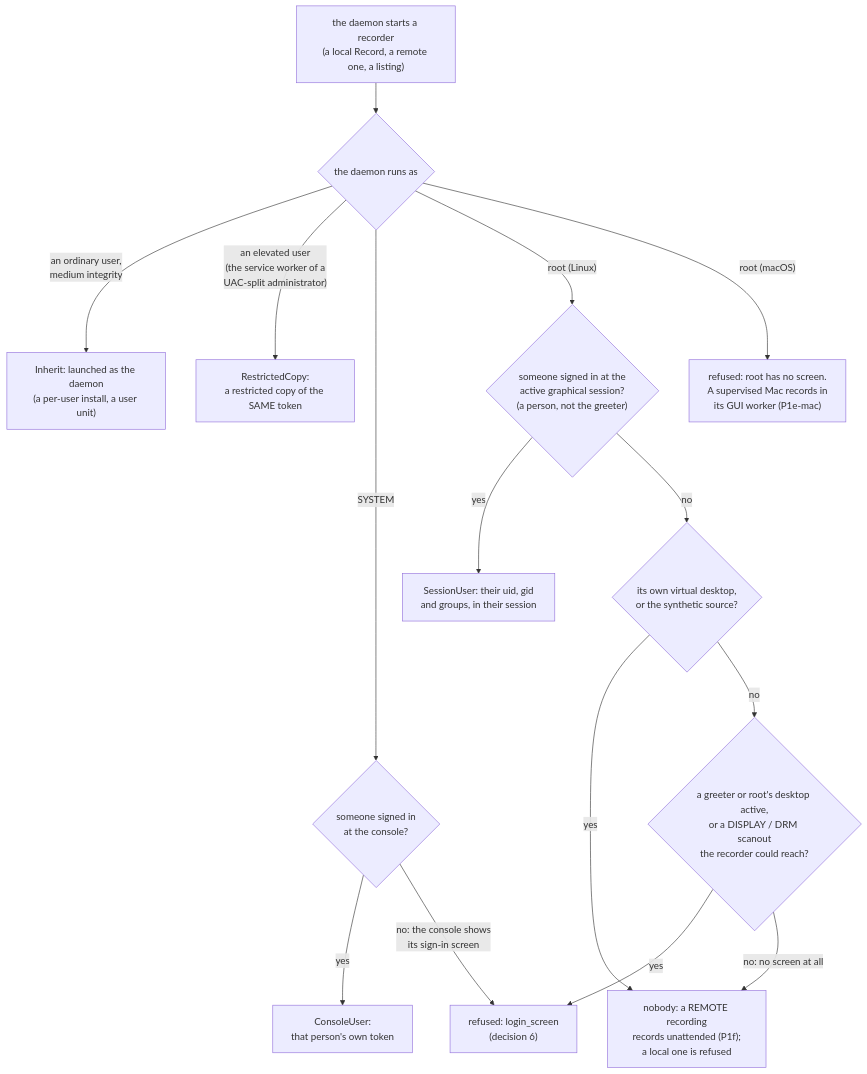
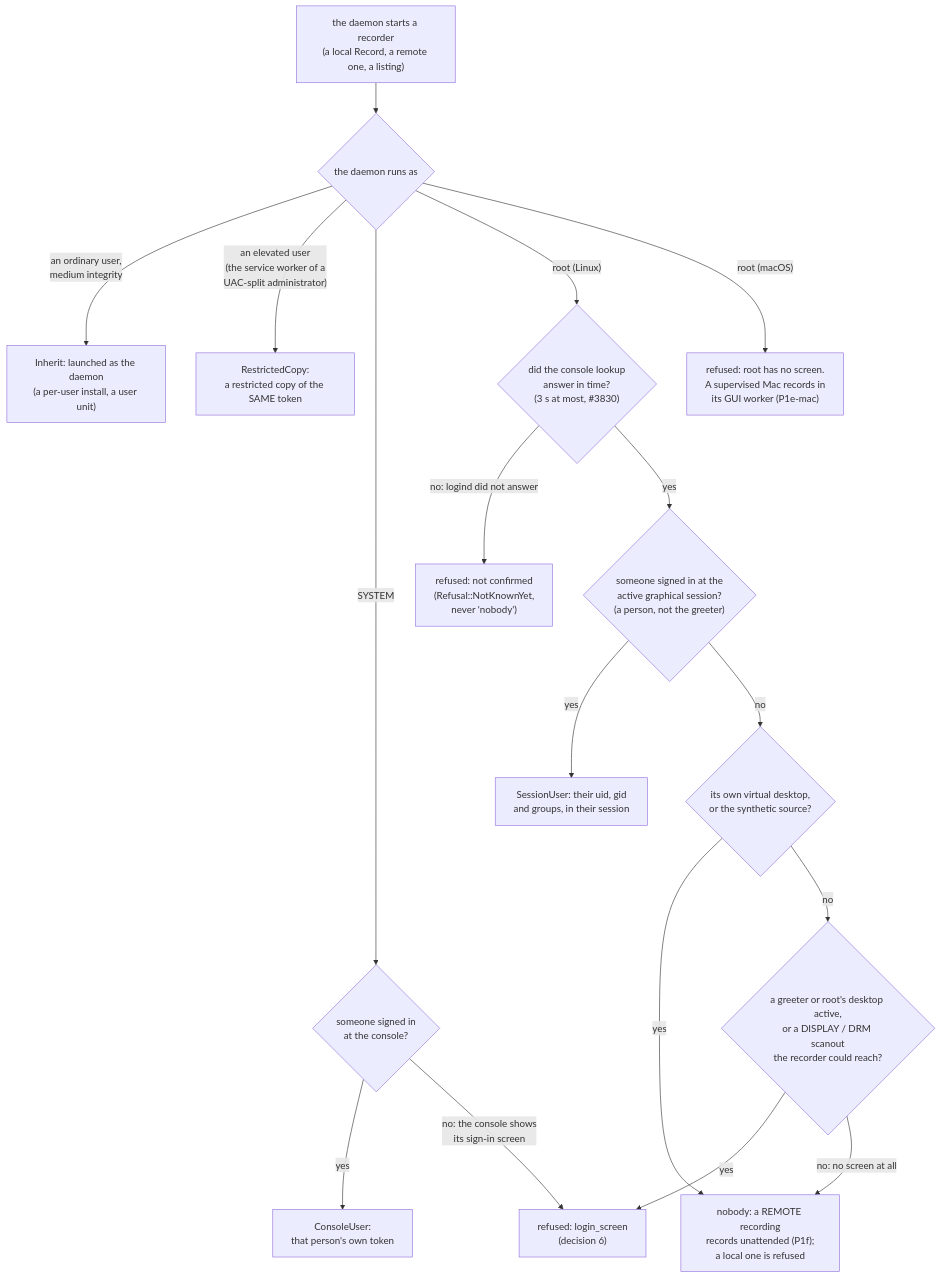
Before and after one commit to gjovanov/roomler-ai: the sixth of 16 diagrams in docs/recording.md, drawn with Mermaid. The commit also changed other lines of this file and 12 other files, not shown here.

````diff
--- a/docs/recording.md
+++ b/docs/recording.md
@@ -557,17 +557,19 @@
 ```mermaid
 flowchart TD
     D["the daemon starts a recorder<br/>(a local Record, a remote one, a listing)"] --> S{"the daemon runs as"}
     S -->|"an ordinary user,<br/>medium integrity"| I["Inherit: launched as the daemon<br/>(a per-user install, a user unit)"]
     S -->|"an elevated user<br/>(the service worker of a<br/>UAC-split administrator)"| R["RestrictedCopy:<br/>a restricted copy of the SAME token"]
     S -->|"SYSTEM"| C{"someone signed in<br/>at the console?"}
     C -->|yes| U["ConsoleUser:<br/>that person's own token"]
     C -->|"no: the console shows<br/>its sign-in screen"| LS["refused: login_screen<br/>(decision 6)"]
-    S -->|"root (Linux)"| L{"someone signed in at the<br/>active graphical session?<br/>(a person, not the greeter)"}
+    S -->|"root (Linux)"| K{"did the console lookup<br/>answer in time?<br/>(3 s at most, #3830)"}
+    K -->|"no: logind did not answer"| NK["refused: not confirmed<br/>(Refusal::NotKnownYet,<br/>never 'nobody')"]
+    K -->|yes| L{"someone signed in at the<br/>active graphical session?<br/>(a person, not the greeter)"}
     L -->|yes| SU["SessionUser: their uid, gid<br/>and groups, in their session"]
     L -->|no| V{"its own virtual desktop,<br/>or the synthetic source?"}
     V -->|yes| N["nobody: a REMOTE recording<br/>records unattended (P1f);<br/>a local one is refused"]
     V -->|no| G{"a greeter or root's desktop active,<br/>or a DISPLAY / DRM scanout<br/>the recorder could reach?"}
     G -->|yes| LS
     G -->|"no: no screen at all"| N
     S -->|"root (macOS)"| X["refused: root has no screen.<br/>A supervised Mac records in<br/>its GUI worker (P1e-mac)"]
 ```
````
